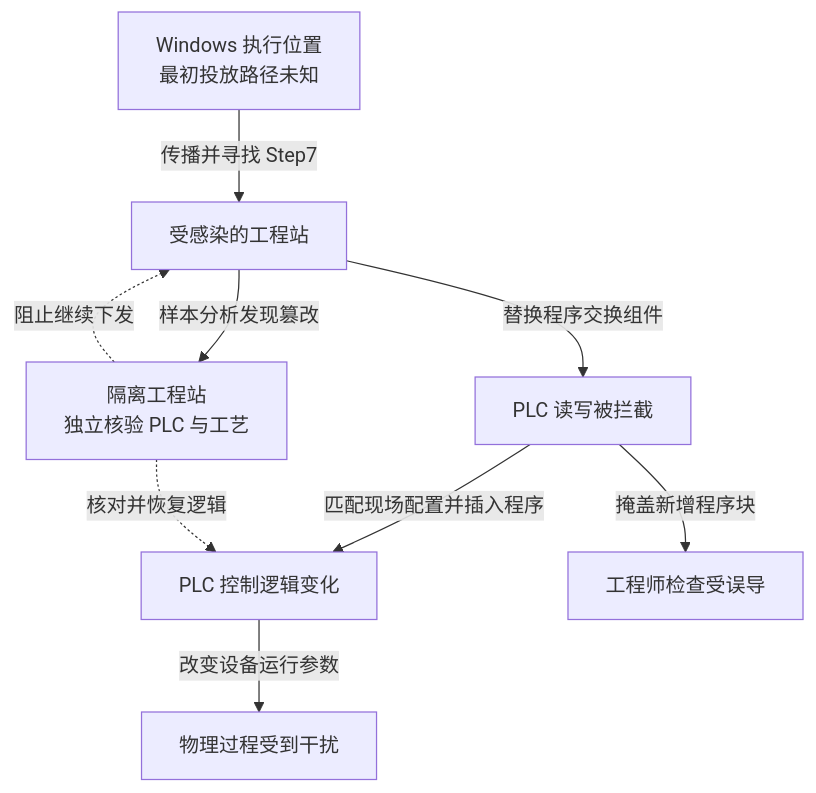
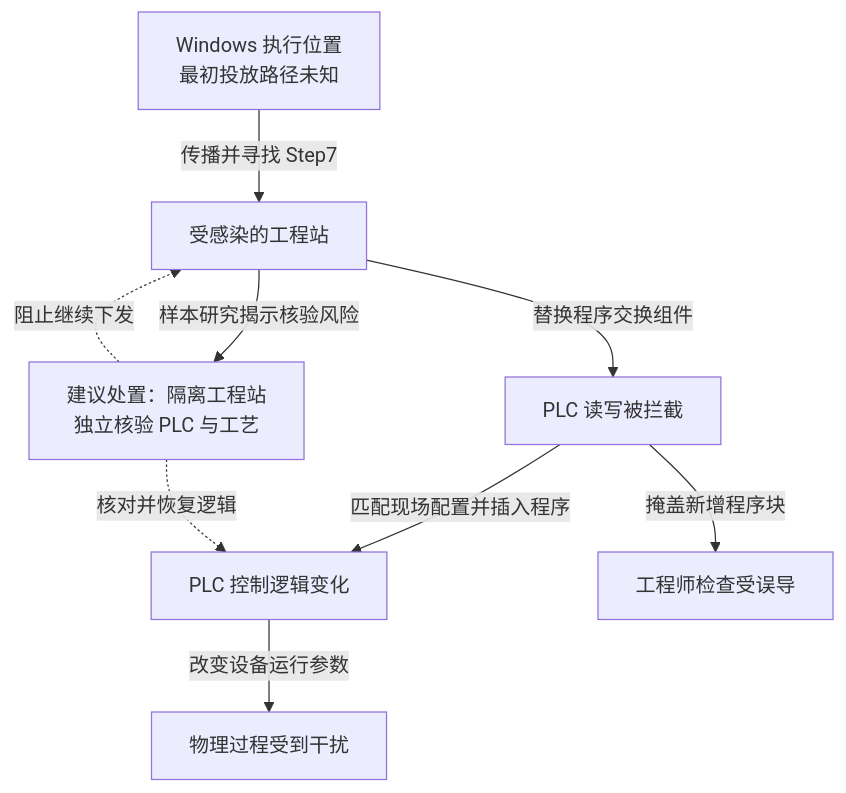
One commit to FeeiCN/FEEI.CN changed the diagram in docs/01-网络安全/01-网络空间安全/01-安全威胁/01-历史攻击事件/2010-震网Stuxnet工控破坏事件分析.md. Above: the diagram before and after it, drawn with Mermaid. The commit also changed other lines of this file and 11 other files, not shown here.

````diff
--- a/docs/01-网络安全/01-网络空间安全/01-安全威胁/01-历史攻击事件/2010-震网Stuxnet工控破坏事件分析.md
+++ b/docs/01-网络安全/01-网络空间安全/01-安全威胁/01-历史攻击事件/2010-震网Stuxnet工控破坏事件分析.md
@@ -27,15 +27,15 @@
 ```mermaid
 flowchart TB
   accTitle: 震网如何改变控制逻辑并隐藏变化
-  accDescr: 样本可在 Windows 环境传播，感染 Step7 工程站后拦截程序交换，在匹配设备配置时修改 PLC 逻辑并隐藏程序变化。处置需要隔离工程站及独立核验控制器；最初投放路径未知。
+  accDescr: 样本可在 Windows 环境传播，感染 Step7 工程站后拦截程序交换，在匹配设备配置时修改 PLC 逻辑并隐藏程序变化。图内建议隔离工程站并独立核验控制器，不代表已核实目标设施的实际处置；最初投放路径未知。
   a["Windows 执行位置<br/>最初投放路径未知"] -->|传播并寻找 Step7| b["受感染的工程站"]
   b -->|替换程序交换组件| c["PLC 读写被拦截"]
   c -->|匹配现场配置并插入程序| d["PLC 控制逻辑变化"]
   d -->|改变设备运行参数| e["物理过程受到干扰"]
   c -->|掩盖新增程序块| f["工程师检查受误导"]
-  b -->|样本分析发现篡改| r["隔离工程站<br/>独立核验 PLC 与工艺"]
+  b -->|样本研究揭示核验风险| r["建议处置：隔离工程站<br/>独立核验 PLC 与工艺"]
   r -. 阻止继续下发 .-> b
   r -. 核对并恢复逻辑 .-> d
   class b,c,d main
   class r response
 ```
````
